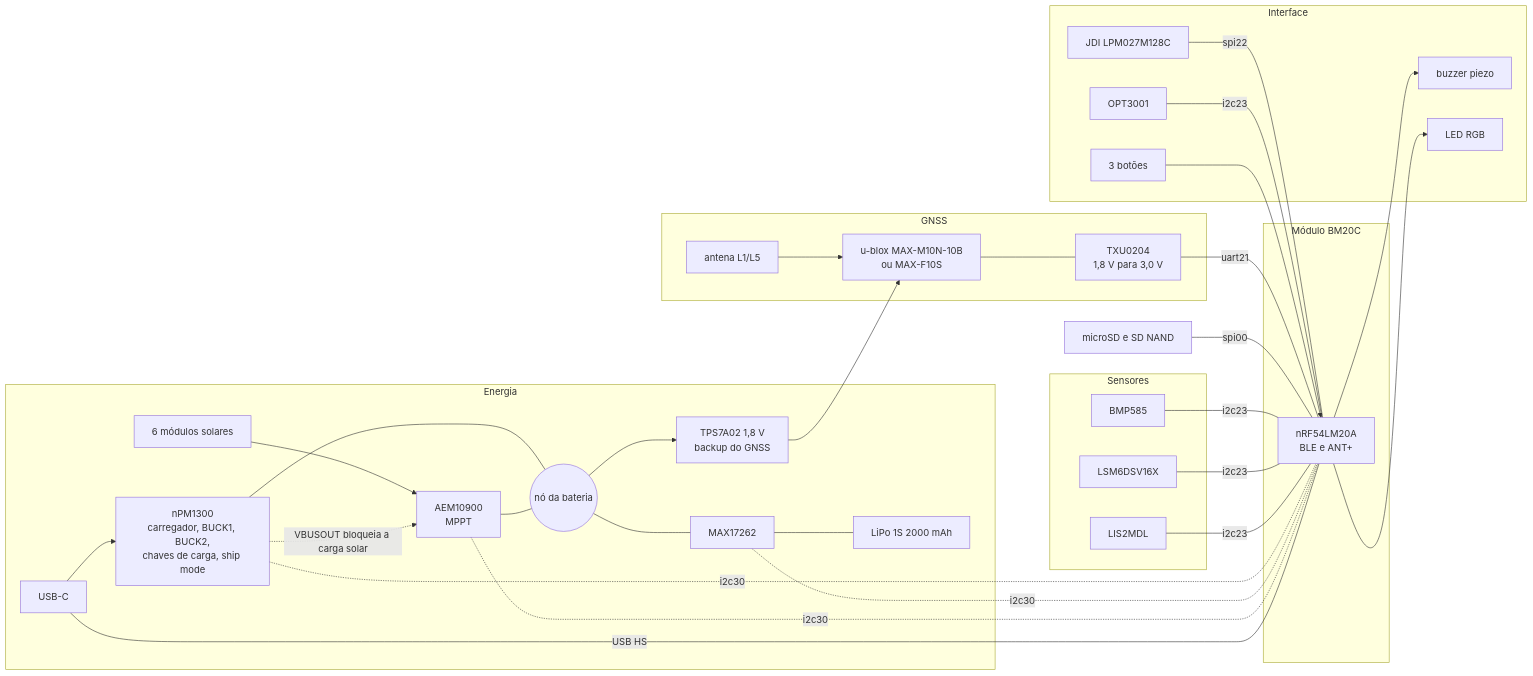
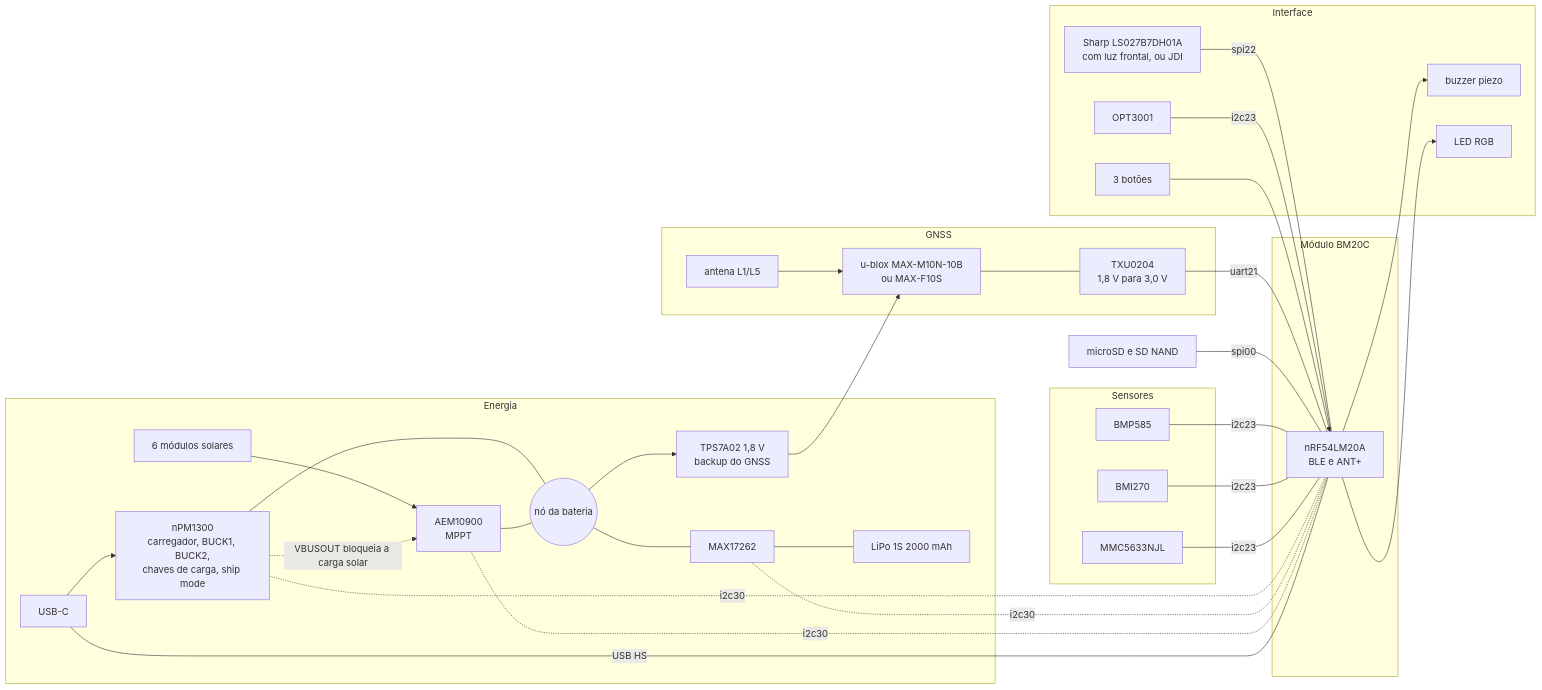
Before and after one commit to Guiimartinho/gnss-bike-computer: the first of 3 diagrams in docs/14-hardware-placa-nova.md, drawn with Mermaid. The commit also changed other lines of this file and 13 other files, not shown here.

````diff
--- a/docs/14-hardware-placa-nova.md
+++ b/docs/14-hardware-placa-nova.md
@@ -29,47 +29,47 @@
 ```mermaid
 flowchart LR
     subgraph PWR["Energia"]
         USBC["USB-C"] --> PMIC["nPM1300<br/>carregador, BUCK1, BUCK2,<br/>chaves de carga, ship mode"]
         PV["6 módulos solares"] --> HARV["AEM10900<br/>MPPT"]
         PMIC --- NODE(("nó da bateria"))
         HARV --- NODE
         PMIC -.->|"VBUSOUT bloqueia a carga solar"| HARV
         NODE --- GAUGE["MAX17262"] --- CELL["LiPo 1S 2000 mAh"]
         NODE --> BCK["TPS7A02 1,8 V<br/>backup do GNSS"]
     end
     subgraph CORE["Módulo BM20C"]
         MCU["nRF54LM20A<br/>BLE e ANT+"]
     end
     subgraph GNSSB["GNSS"]
         ANT["antena L1/L5"] --> GMOD["u-blox MAX-M10N-10B<br/>ou MAX-F10S"]
         GMOD --- XLAT["TXU0204<br/>1,8 V para 3,0 V"]
     end
     subgraph HMI["Interface"]
-        LCD["JDI LPM027M128C"]
+        LCD["Sharp LS027B7DH01A<br/>com luz frontal, ou JDI"]
         KEYS["3 botões"]
         BUZ["buzzer piezo"]
         LED["LED RGB"]
         ALS["OPT3001"]
     end
     subgraph SENS["Sensores"]
         BARO["BMP585"]
-        IMU["LSM6DSV16X"]
-        MAG["LIS2MDL"]
+        IMU["BMI270"]
+        MAG["MMC5633NJL"]
     end
     SD["microSD e SD NAND"]
     XLAT ---|"uart21"| MCU
     LCD ---|"spi22"| MCU
     SD ---|"spi00"| MCU
     BARO ---|"i2c23"| MCU
     IMU ---|"i2c23"| MCU
     MAG ---|"i2c23"| MCU
     ALS ---|"i2c23"| MCU
     PMIC -.-|"i2c30"| MCU
     GAUGE -.-|"i2c30"| MCU
     HARV -.-|"i2c30"| MCU
     USBC ---|"USB HS"| MCU
     KEYS --> MCU
     MCU --> BUZ
     MCU --> LED
     BCK --> GMOD
 ```
````
